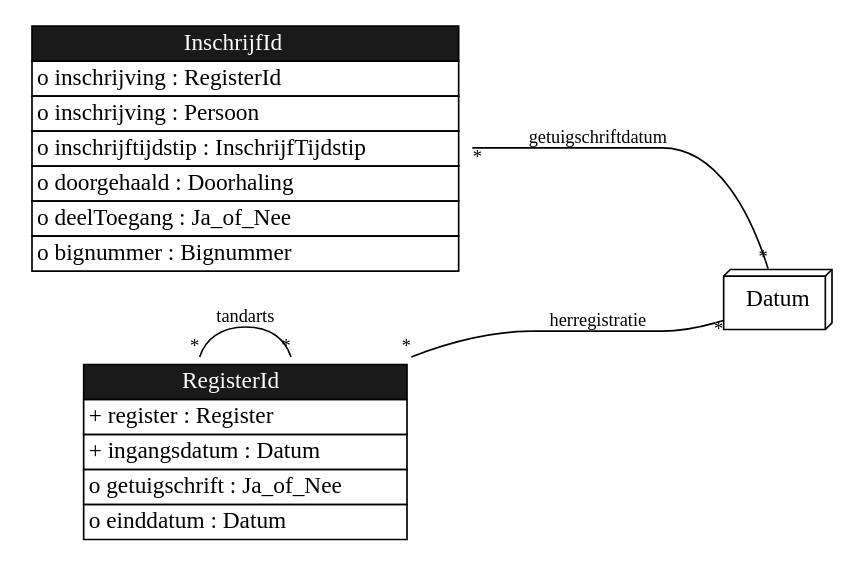
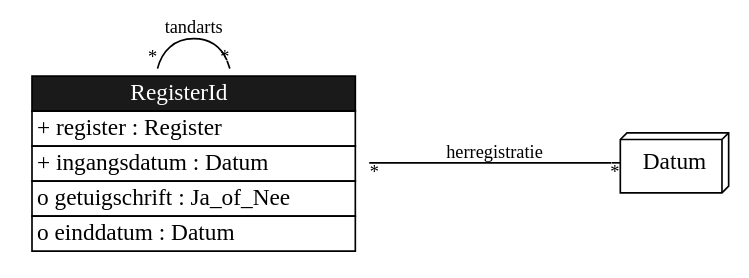
Before and after one commit to gedelaar/BIG: the diagram in docs/images/CDPatternTandarts.gv, drawn with Graphviz. The commit also changed 206 other files, not shown here.

```diff
--- a/docs/images/CDPatternTandarts.gv
+++ b/docs/images/CDPatternTandarts.gv
@@ -1,32 +1,24 @@
 digraph {
 	graph [bgcolor=white,
 		rankdir=LR
 	];
 	node [label="\N"];
 	edge [fontsize=11,
 		minlen=4
 	];
-	InschrijfId	[color=purple,
-		label=<<TABLE BGCOLOR="white" COLOR="black" BORDER="0" CELLBORDER="1" CELLSPACING="0"><TR><TD BGCOLOR="gray10" COLOR="black"><FONT COLOR="white">InschrijfId</FONT></TD></TR><TR><TD ALIGN="LEFT" PORT="inschrijving">o inschrijving : RegisterId</TD></TR><TR><TD ALIGN="LEFT" PORT="inschrijving">o inschrijving : Persoon</TD></TR><TR><TD ALIGN="LEFT" PORT="inschrijftijdstip">o inschrijftijdstip : InschrijfTijdstip</TD></TR><TR><TD ALIGN="LEFT" PORT="doorgehaald">o doorgehaald : Doorhaling</TD></TR><TR><TD ALIGN="LEFT" PORT="deelToegang">o deelToegang : Ja_of_Nee</TD></TR><TR><TD ALIGN="LEFT" PORT="bignummer">o bignummer : Bignummer</TD></TR></TABLE>>,
-		shape=plaintext];
-	Datum	[label=Datum,
-		shape=box3d];
-	InschrijfId:getuigschriftdatum -> Datum	[arrowhead=onone,
-		headlabel="*",
-		label=getuigschriftdatum,
-		labelfloat=true,
-		taillabel="*"];
 	RegisterId	[color=purple,
 		label=<<TABLE BGCOLOR="white" COLOR="black" BORDER="0" CELLBORDER="1" CELLSPACING="0"><TR><TD BGCOLOR="gray10" COLOR="black"><FONT COLOR="white">RegisterId</FONT></TD></TR><TR><TD ALIGN="LEFT" PORT="register">+ register : Register</TD></TR><TR><TD ALIGN="LEFT" PORT="ingangsdatum">+ ingangsdatum : Datum</TD></TR><TR><TD ALIGN="LEFT" PORT="getuigschrift">o getuigschrift : Ja_of_Nee</TD></TR><TR><TD ALIGN="LEFT" PORT="einddatum">o einddatum : Datum</TD></TR></TABLE>>,
 		shape=plaintext];
 	RegisterId:tandarts -> RegisterId	[arrowhead=onone,
 		headlabel="*",
 		label=tandarts,
 		labelfloat=true,
 		taillabel="*"];
+	Datum	[label=Datum,
+		shape=box3d];
 	RegisterId:herregistratie -> Datum	[arrowhead=onone,
 		headlabel="*",
 		label=herregistratie,
 		labelfloat=true,
 		taillabel="*"];
 }
```
